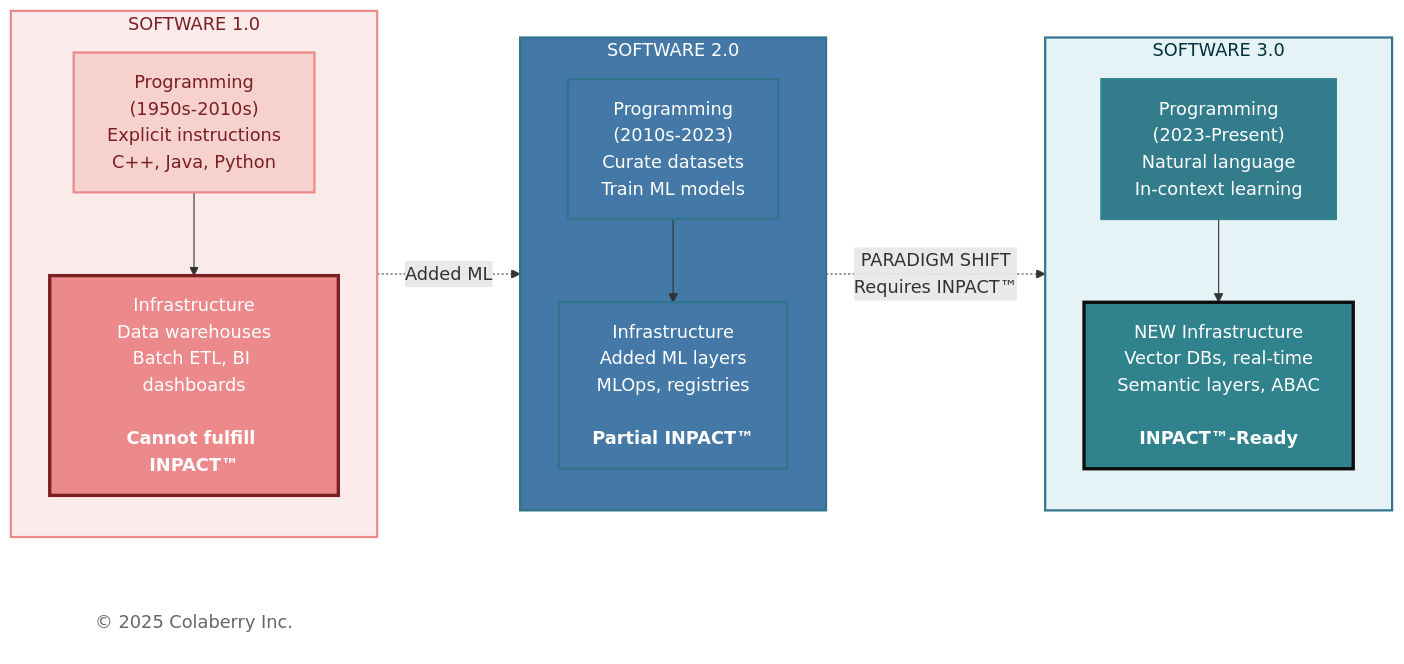
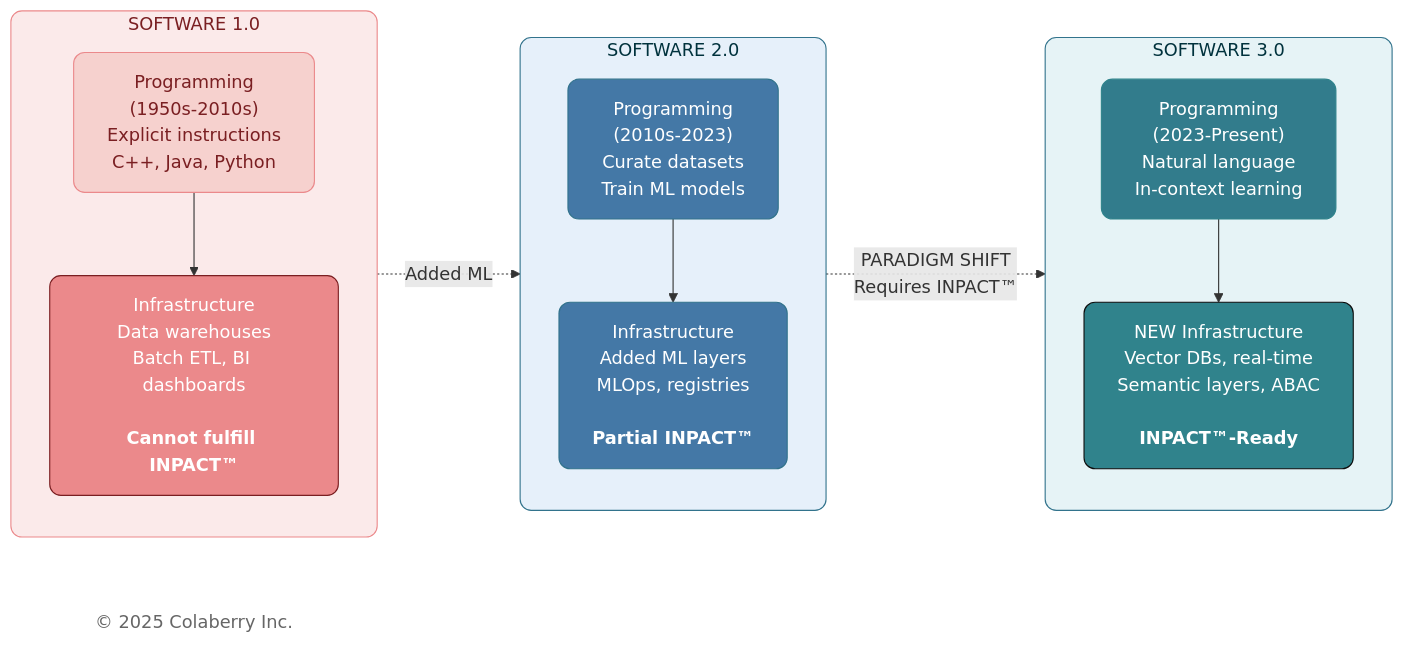
The third of 6 diagrams in manuscript/02_chapter_1_why_agents_fail.md (colaberry/trust-before-intelligence-book), drawn with Mermaid before and after one commit. The commit also changed other lines of this file and 12 other files, not shown here.

````diff
--- a/manuscript/02_chapter_1_why_agents_fail.md
+++ b/manuscript/02_chapter_1_why_agents_fail.md
@@ -410,38 +410,41 @@
 ```mermaid
 
 graph LR
     subgraph sw1["SOFTWARE 1.0"]
         direction TB
         prog1["Programming<br/>(1950s-2010s)<br/>Explicit instructions<br/>C++, Java, Python"]
         infra1["Infrastructure<br/>Data warehouses<br/>Batch ETL, BI dashboards<br/><br/><b>Cannot fulfill INPACT™"</b>]
         prog1 --> infra1
     end
     subgraph sw2["SOFTWARE 2.0"]
         direction TB
         prog2["Programming<br/>(2010s-2023)<br/>Curate datasets<br/>Train ML models"]
         infra2["Infrastructure<br/>Added ML layers<br/>MLOps, registries<br/><br/><b>Partial INPACT™"</b>]
         prog2 --> infra2
     end
     subgraph sw3["SOFTWARE 3.0"]
         direction TB
         prog3["Programming<br/>(2023-Present)<br/>Natural language<br/>In-context learning"]
         infra3["NEW Infrastructure<br/>Vector DBs, real-time<br/>Semantic layers, ABAC<br/><br/><b>INPACT™-Ready</b>"]
         prog3 --> infra3
     end
     sw1 -.->|"Added ML"| sw2
     sw2 -.->|"PARADIGM SHIFT<br/>Requires INPACT™"| sw3
-    
+
     Copyright["© 2025 Colaberry Inc."]
-    
-    style sw1 fill:#FBEAEA,stroke:#EB898B,stroke-width:2px,color:#7A1F22
-    style prog1 fill:#F6D1CE,stroke:#EB898B,stroke-width:2px,color:#7A1F22
-    style infra1 fill:#EB898B,color:#ffffff,stroke:#7A1F22,stroke-width:3px
-    style sw2 fill:#4478A6,stroke:#32738C,stroke-width:2px,color:#ffffff
-    style prog2 fill:#4478A6,stroke:#32738C,stroke-width:2px,color:#ffffff
-    style infra2 fill:#4478A6,stroke:#32738C,stroke-width:2px,color:#ffffff
-    style sw3 fill:#E6F3F6,stroke:#32738C,stroke-width:2px,color:#00323D
-    style prog3 fill:#327C8C,stroke:#30838C,stroke-width:2px,color:#ffffff
-    style infra3 fill:#30838C,color:#ffffff,stroke:#0D0D0D,stroke-width:3px
-    style Copyright fill:#ffffff,stroke:none,color:#666666
+
+    style sw1 fill:#FBEAEA,stroke:#EB898B,stroke-width:1px,color:#7A1F22,rx:10,ry:10
+    style prog1 fill:#F6D1CE,stroke:#EB898B,stroke-width:1px,color:#7A1F22,rx:10,ry:10
+    style infra1 fill:#EB898B,color:#ffffff,stroke:#7A1F22,stroke-width:1px,rx:10,ry:10
+
+    style sw2 fill:#E6F0FA,stroke:#32738C,stroke-width:1px,color:#00323D,rx:10,ry:10
+    style prog2 fill:#4478A6,stroke:#32738C,stroke-width:1px,color:#ffffff,rx:10,ry:10
+    style infra2 fill:#4478A6,stroke:#32738C,stroke-width:1px,color:#ffffff,rx:10,ry:10
+
+    style sw3 fill:#E6F3F6,stroke:#32738C,stroke-width:1px,color:#00323D,rx:10,ry:10
+    style prog3 fill:#327C8C,stroke:#30838C,stroke-width:1px,color:#ffffff,rx:10,ry:10
+    style infra3 fill:#30838C,color:#ffffff,stroke:#0D0D0D,stroke-width:1px,rx:10,ry:10
+
+    style Copyright fill:none,stroke:none,color:#666666,rx:10,ry:10
 
 ```
````
